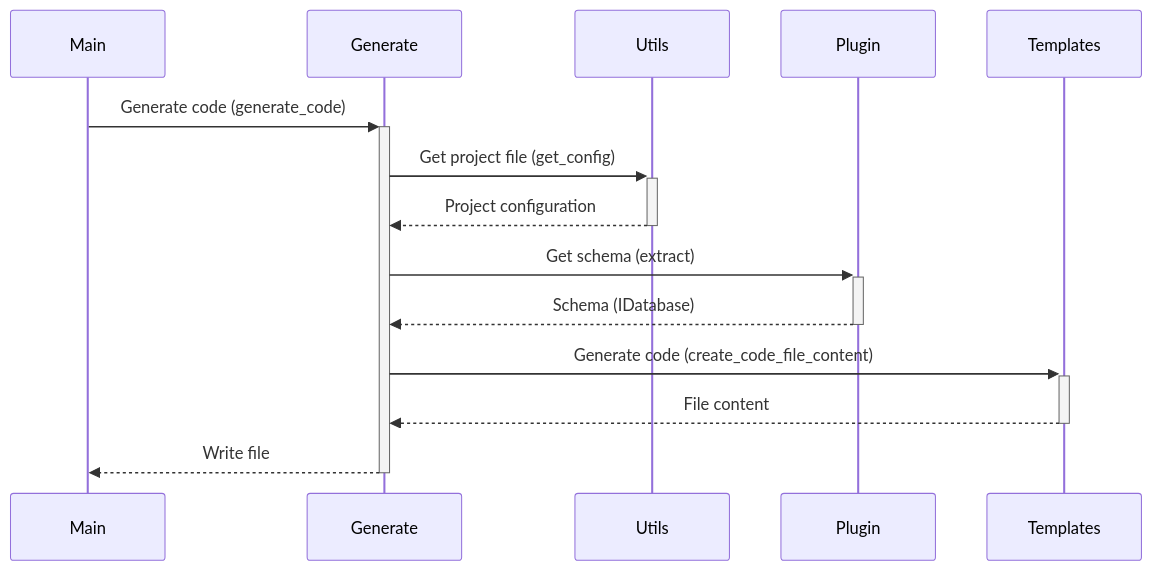
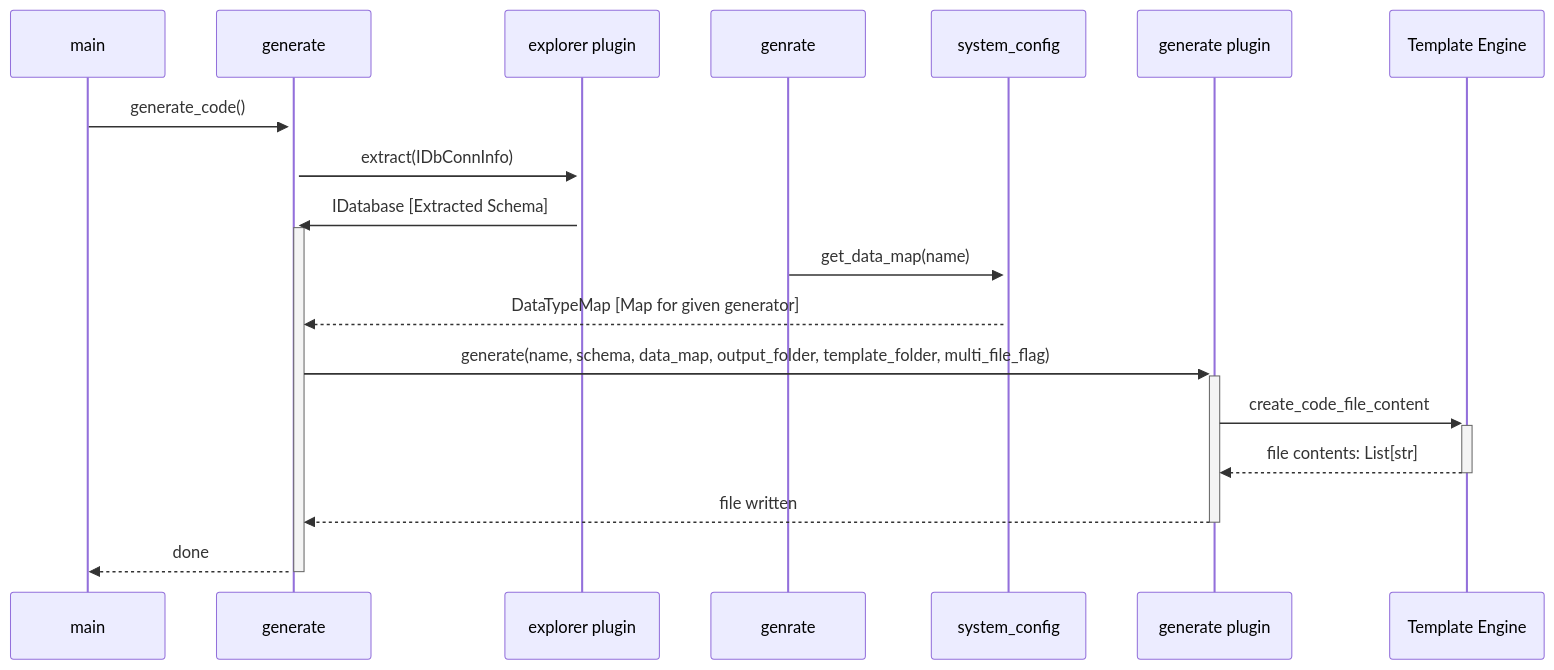
Before and after one commit to dooley-ch/hi-henry: the sixth of 6 diagrams in README.md, drawn with Mermaid. The commit also changed other lines of this file, not shown here.

````diff
--- a/README.md
+++ b/README.md
@@ -252,11 +290,13 @@
 ```mermaid
     sequenceDiagram
-        Main->>+Generate: Generate code (generate_code)
-        Generate->>+Utils: Get project file (get_config)
-        Utils-->>-Generate: Project configuration
-        Generate->>+Plugin: Get schema (extract)
-        Plugin-->>-Generate: Schema (IDatabase)
-        Generate->>+Templates: Generate code (create_code_file_content)
-        Templates-->>-Generate: File content
-        Generate-->>-Main: Write file      
+        main->>+generate: generate_code()
+        generate->>+explorer plugin: extract(IDbConnInfo)
+        explorer plugin->>+generate: IDatabase [Extracted Schema]
+        genrate->>+system_config: get_data_map(name)
+        system_config-->>generate: DataTypeMap [Map for given generator]
+        generate->>+generate plugin: generate(name, schema, data_map, output_folder, template_folder, multi_file_flag)
+        generate plugin->>+Template Engine: create_code_file_content
+        Template Engine-->>-generate plugin: file contents: List[str]
+        generate plugin-->>-generate: file written
+        generate-->>-main: done
 ```
````
